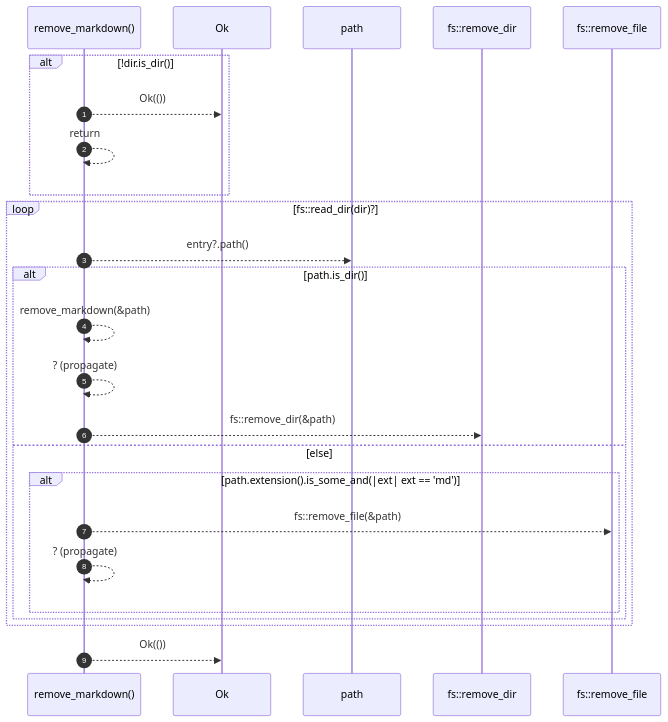
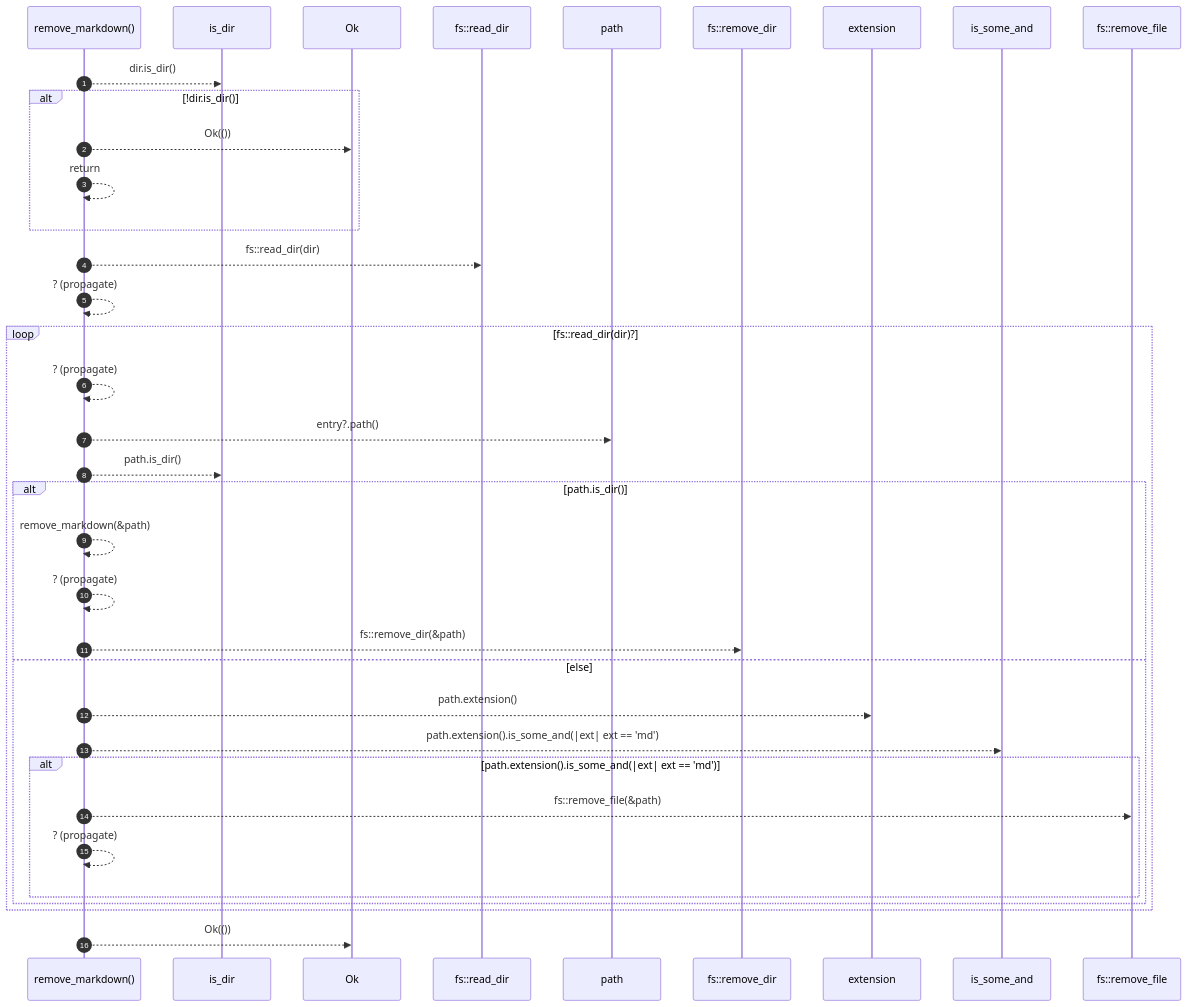
Before and after one commit to RyanGuild/self-describing-code: the diagram in docs/self-model/robby_render/pipeline/remove-markdown.md, drawn with Mermaid. The commit also changed other lines of this file and 1404 other files, not shown here.

````diff
--- a/docs/self-model/robby_render/pipeline/remove-markdown.md
+++ b/docs/self-model/robby_render/pipeline/remove-markdown.md
@@ -34,27 +34,38 @@
 ```mermaid
 sequenceDiagram
     autonumber
     participant remove_markdown as remove_markdown()
+    participant is_dir as is_dir
     participant Ok as Ok
+    participant fs__read_dir as fs::read_dir
     participant path as path
     participant fs__remove_dir as fs::remove_dir
+    participant extension as extension
+    participant is_some_and as is_some_and
     participant fs__remove_file as fs::remove_file
+    remove_markdown-->>is_dir: dir.is_dir()
     alt !dir.is_dir()
     remove_markdown-->>Ok: Ok(())
     remove_markdown-->>remove_markdown: return
     end
+    remove_markdown-->>fs__read_dir: fs::read_dir(dir)
+    remove_markdown-->>remove_markdown: ? (propagate)
     loop fs::read_dir(dir)?
+    remove_markdown-->>remove_markdown: ? (propagate)
     remove_markdown-->>path: entry?.path()
+    remove_markdown-->>is_dir: path.is_dir()
     alt path.is_dir()
     remove_markdown-->>remove_markdown: remove_markdown(&path)
     remove_markdown-->>remove_markdown: ? (propagate)
     remove_markdown-->>fs__remove_dir: fs::remove_dir(&path)
     else else
+    remove_markdown-->>extension: path.extension()
+    remove_markdown-->>is_some_and: path.extension().is_some_and(|ext| ext == 'md')
     alt path.extension().is_some_and(|ext| ext == 'md')
     remove_markdown-->>fs__remove_file: fs::remove_file(&path)
     remove_markdown-->>remove_markdown: ? (propagate)
     end
     end
     end
     remove_markdown-->>Ok: Ok(())
 ```
````
